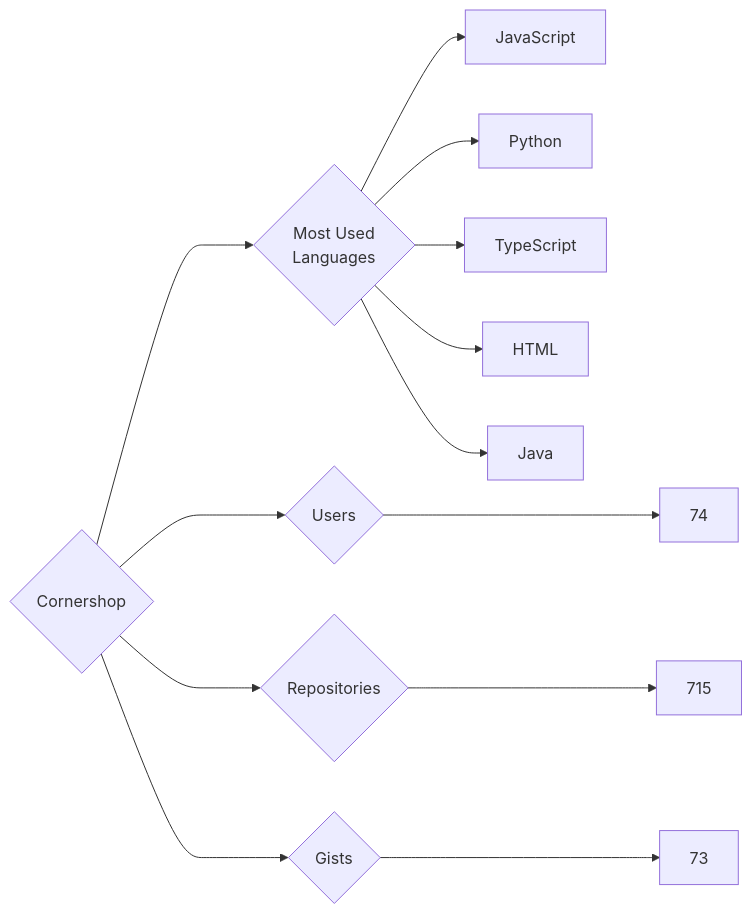
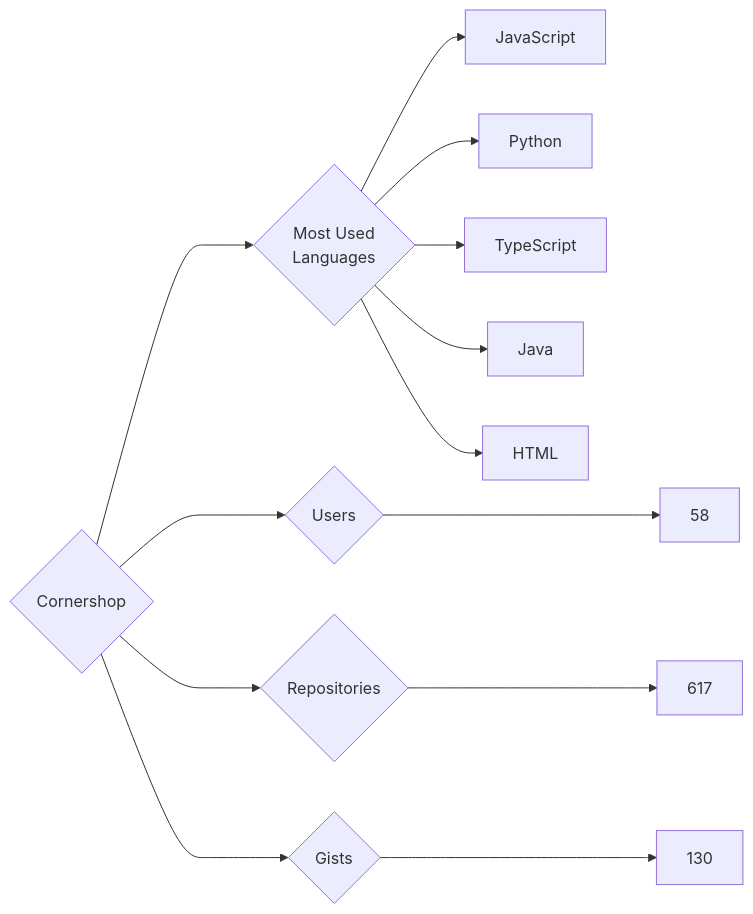
One commit to trickest/insiders changed the diagram in targets/Cornershop/README.md. Above: the diagram before and after it, drawn with Mermaid. The commit also changed 682 other files, not shown here.

````diff
--- a/targets/Cornershop/README.md
+++ b/targets/Cornershop/README.md
@@ -3,13 +3,13 @@
 ```mermaid
 graph LR
 COMPANY_NAME{Cornershop}
-COMPANY_NAME ---> U{Users} ---> UN[74]
-COMPANY_NAME ---> R{Repositories} ---> RN[715]
-COMPANY_NAME ---> G{Gists} ---> GN[73]
+COMPANY_NAME ---> U{Users} ---> UN[58]
+COMPANY_NAME ---> R{Repositories} ---> RN[617]
+COMPANY_NAME ---> G{Gists} ---> GN[130]
 COMPANY_NAME ---> ML{Most Used<br>Languages}
 ML --> JavaScript[JavaScript]
 ML --> Python[Python]
 ML --> TypeScript[TypeScript]
+ML --> Java[Java]
 ML --> HTML[HTML]
-ML --> Java[Java]
 ```
````
